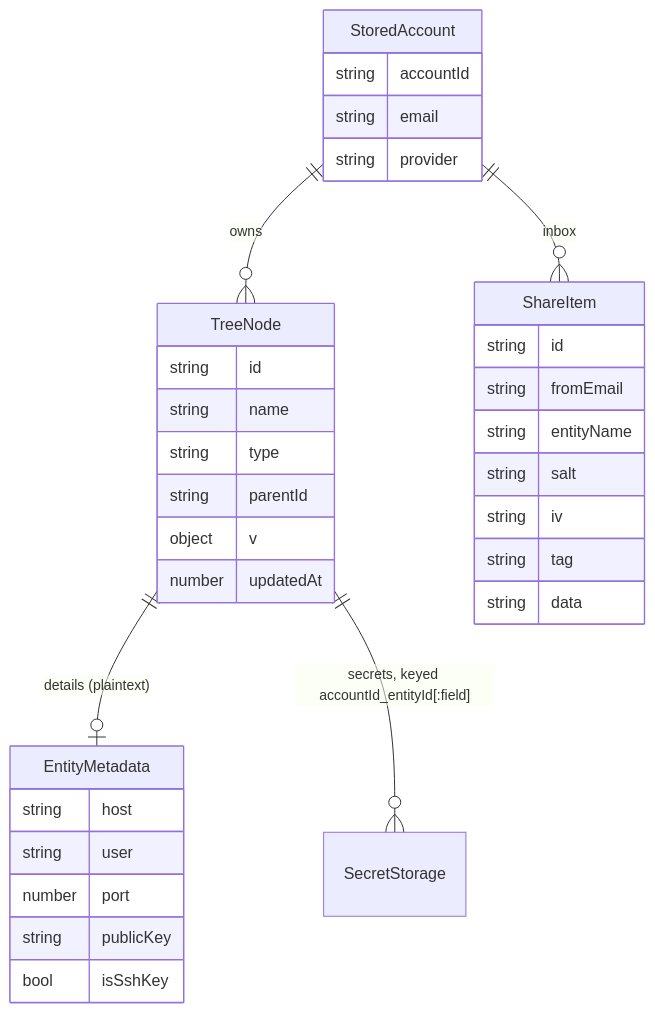
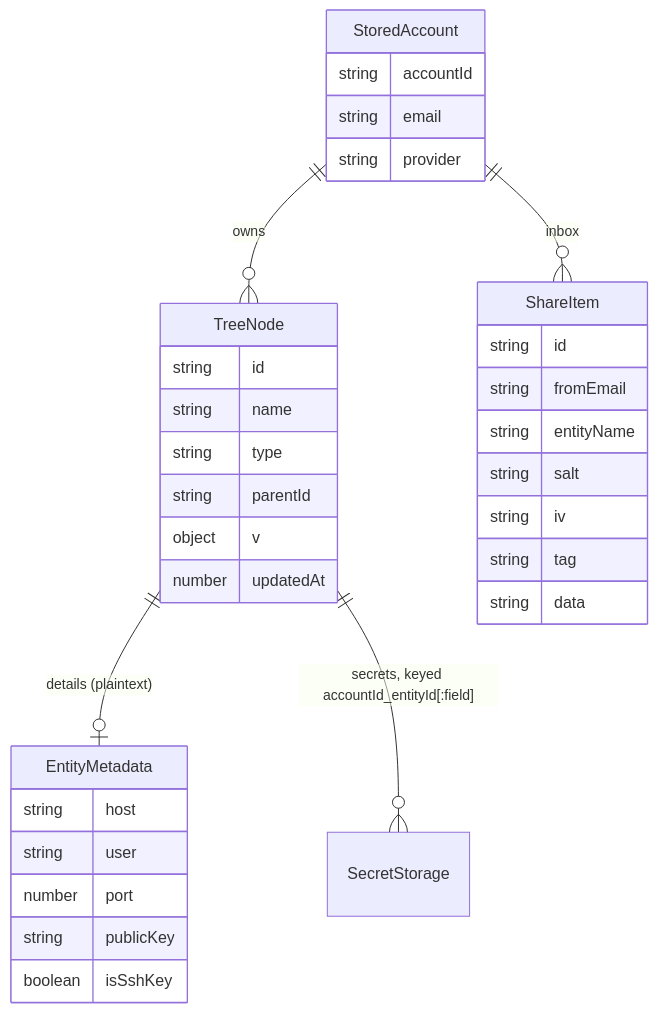
Before and after one commit to oleksandrdubyna88/dew_flow_creds_for_devs: the second of 2 diagrams in research/module_extension.md, drawn with Mermaid. The commit also changed other lines of this file and 2 other files, not shown here.

First paragraph of the commit message:
docs(research): audit the knowledge base against the code, and fix two broken diagrams
A pass over research/ against the live codebase. Three things were wrong, and the
diagram failures are the ones worth naming, because they were invisible to review:

````diff
--- a/research/module_extension.md
+++ b/research/module_extension.md
@@ -76,12 +76,37 @@
 ```mermaid
 erDiagram
     StoredAccount ||--o{ TreeNode : owns
     TreeNode ||--o| EntityMetadata : "details (plaintext)"
     TreeNode ||--o{ SecretStorage : "secrets, keyed accountId_entityId[:field]"
     StoredAccount ||--o{ ShareItem : "inbox"
 
-    StoredAccount { string accountId string email string provider }
-    TreeNode { string id string name string type string parentId object v number updatedAt }
-    EntityMetadata { string host string user number port string publicKey bool isSshKey }
-    ShareItem { string id string fromEmail string entityName string salt string iv string tag string data }
+    StoredAccount {
+        string accountId
+        string email
+        string provider
+    }
+    TreeNode {
+        string id
+        string name
+        string type
+        string parentId
+        object v
+        number updatedAt
+    }
+    EntityMetadata {
+        string host
+        string user
+        number port
+        string publicKey
+        boolean isSshKey
+    }
+    ShareItem {
+        string id
+        string fromEmail
+        string entityName
+        string salt
+        string iv
+        string tag
+        string data
+    }
 ```
````
